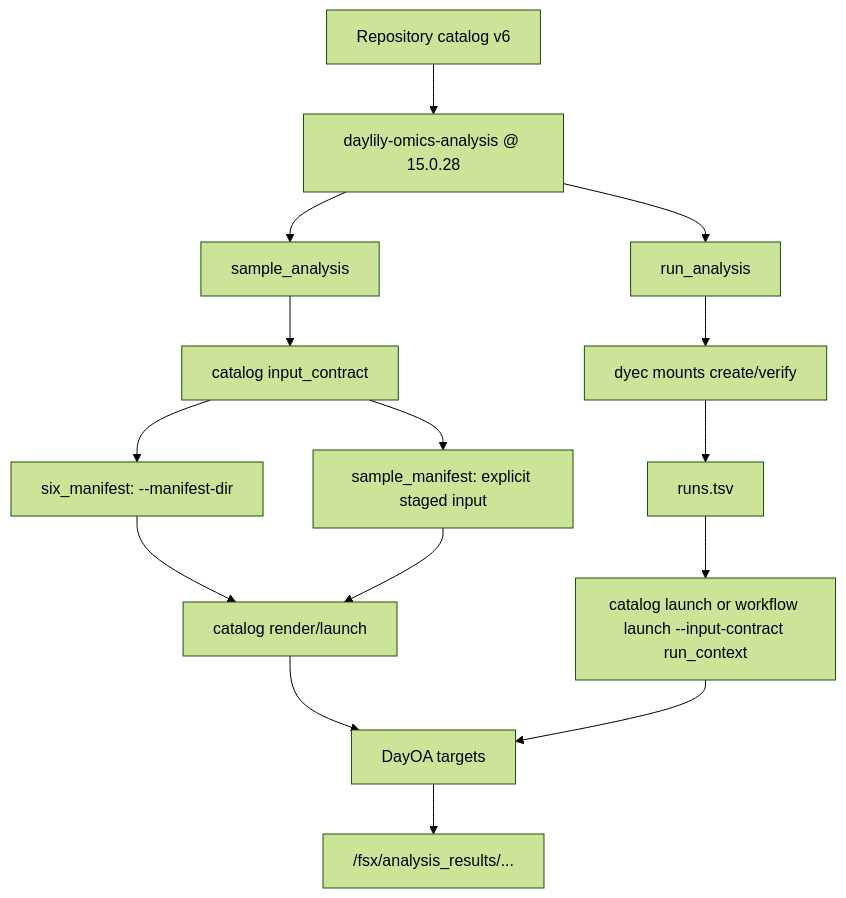
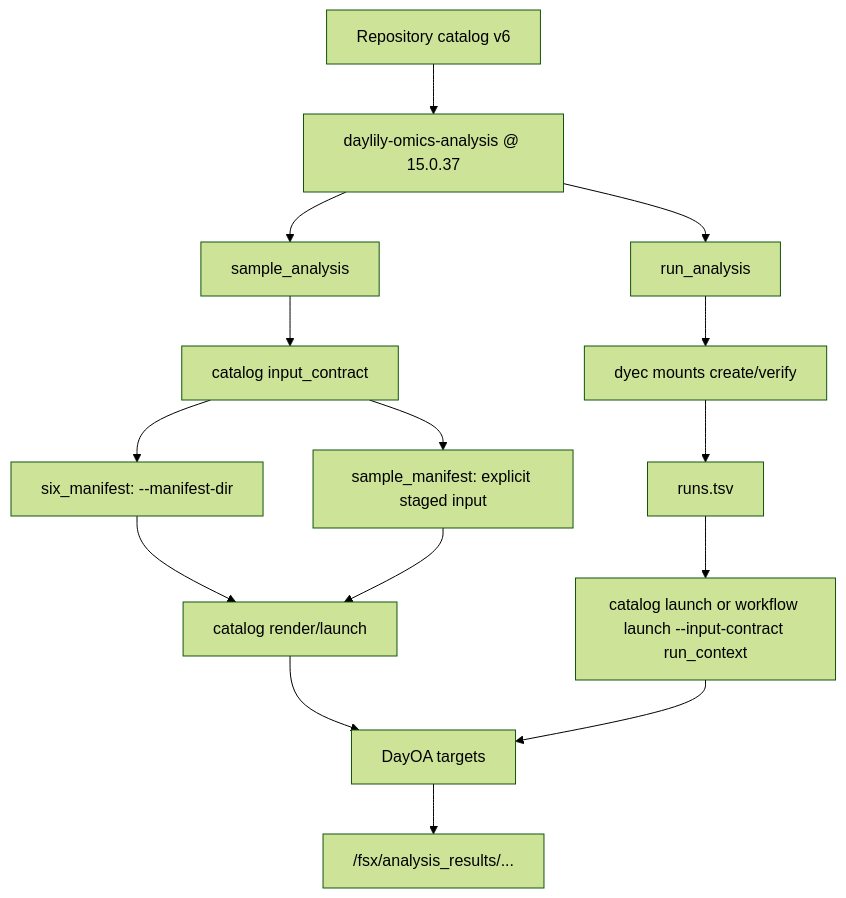
One commit to Daylily-Informatics/daylily-ephemeral-cluster changed the third of 3 diagrams in docs/dra_fsx_strategy.md. Above: the diagram before and after it, drawn with Mermaid (forest theme). The commit also changed other lines of this file and 15 other files, not shown here.

````diff
--- a/docs/dra_fsx_strategy.md
+++ b/docs/dra_fsx_strategy.md
@@ -109,20 +109,20 @@
 ```mermaid
 flowchart TB
-  Catalog["Repository catalog v6"] --> Repo["daylily-omics-analysis @ 15.0.28"]
+  Catalog["Repository catalog v6"] --> Repo["daylily-omics-analysis @ 15.0.37"]
   Repo --> Sample["sample_analysis"]
   Repo --> Run["run_analysis"]
 
   Sample --> Contract["catalog input_contract"]
   Contract --> Six["six_manifest: --manifest-dir"]
   Contract --> Legacy["sample_manifest: explicit staged input"]
   Six --> LaunchA["catalog render/launch"]
   Legacy --> LaunchA
 
   Run --> Mount["dyec mounts create/verify"]
   Mount --> Runs["runs.tsv"]
   Runs --> LaunchB["catalog launch or workflow launch --input-contract run_context"]
 
   LaunchA --> DayOA["DayOA targets"]
   LaunchB --> DayOA
   DayOA --> Results["/fsx/analysis_results/..."]
 ```
````
